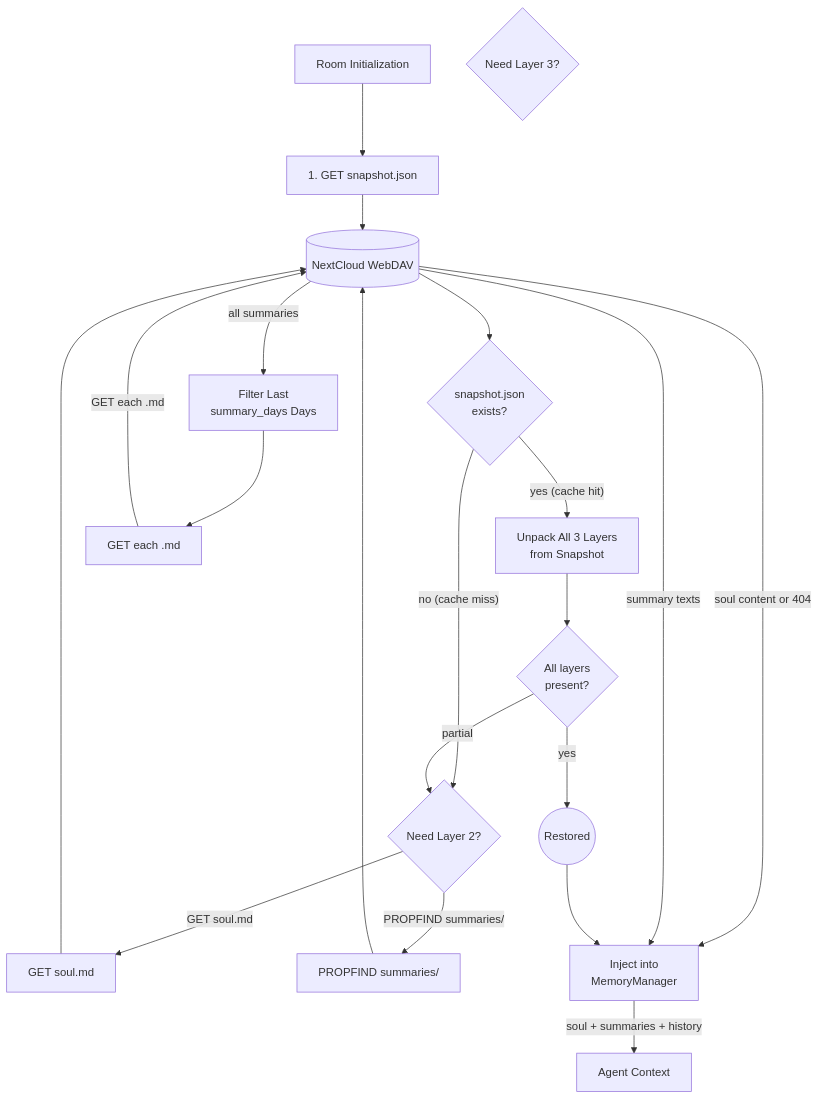
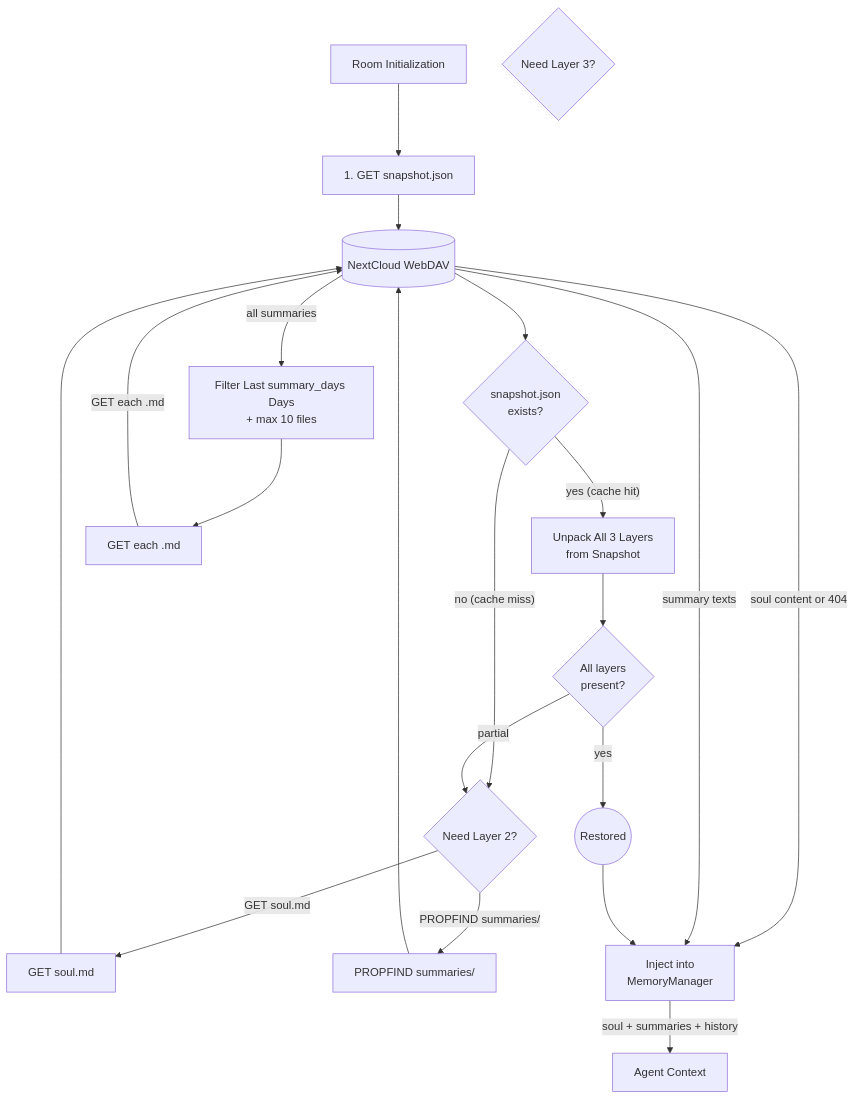
Before and after one commit to cosmoswafer/rockbot: the fifth of 7 diagrams in _dfds/base/memory.md, drawn with Mermaid. The commit also changed other lines of this file and 11 other files, not shown here.

````diff
--- a/_dfds/base/memory.md
+++ b/_dfds/base/memory.md
@@ -199,39 +201,39 @@
 ```mermaid
 flowchart TD
     INIT[Room Initialization]
     DAV[(NextCloud WebDAV)]
     GET_SNAP["1. GET snapshot.json"]
     SNAP_OK{snapshot.json<br/>exists?}
     UNPACK[Unpack All 3 Layers<br/>from Snapshot]
     CHECK{All layers<br/>present?}
     RESTORED((Restored))
     NEED_L2{Need Layer 2?}
     NEED_L3{Need Layer 3?}
     GET_SOUL["GET soul.md"]
     LIST_SUM["PROPFIND summaries/"]
     LOAD_FILES["GET each .md"]
     INJECT[Inject into<br/>MemoryManager]
 
     INIT --> GET_SNAP
     GET_SNAP --> DAV
     DAV --> SNAP_OK
     SNAP_OK -->|"yes (cache hit)"| UNPACK
     SNAP_OK -->|"no (cache miss)"| NEED_L2
     UNPACK --> CHECK
     CHECK -->|"yes"| RESTORED
     CHECK -->|"partial"| NEED_L2
 
     NEED_L2 -->|"GET soul.md"| GET_SOUL
     NEED_L2 -->|"PROPFIND summaries/"| LIST_SUM
     GET_SOUL --> DAV
     LIST_SUM --> DAV
     DAV -->|"soul content or 404"| INJECT
     DAV -->|"all summaries"| FILTER
-    FILTER[Filter Last<br/>summary_days Days]
+    FILTER[Filter Last summary_days Days<br/>+ max 10 files]
     FILTER --> LOAD_FILES
     LOAD_FILES -->|"GET each .md"| DAV
     DAV -->|"summary texts"| INJECT
 
     RESTORED --> INJECT
     INJECT -->|"soul + summaries + history"| CTX[Agent Context]
 ```
````
